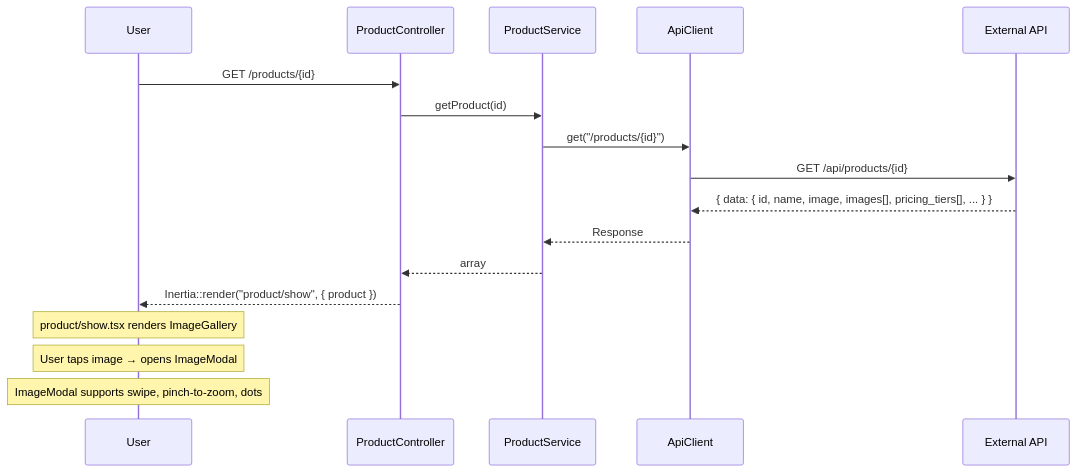
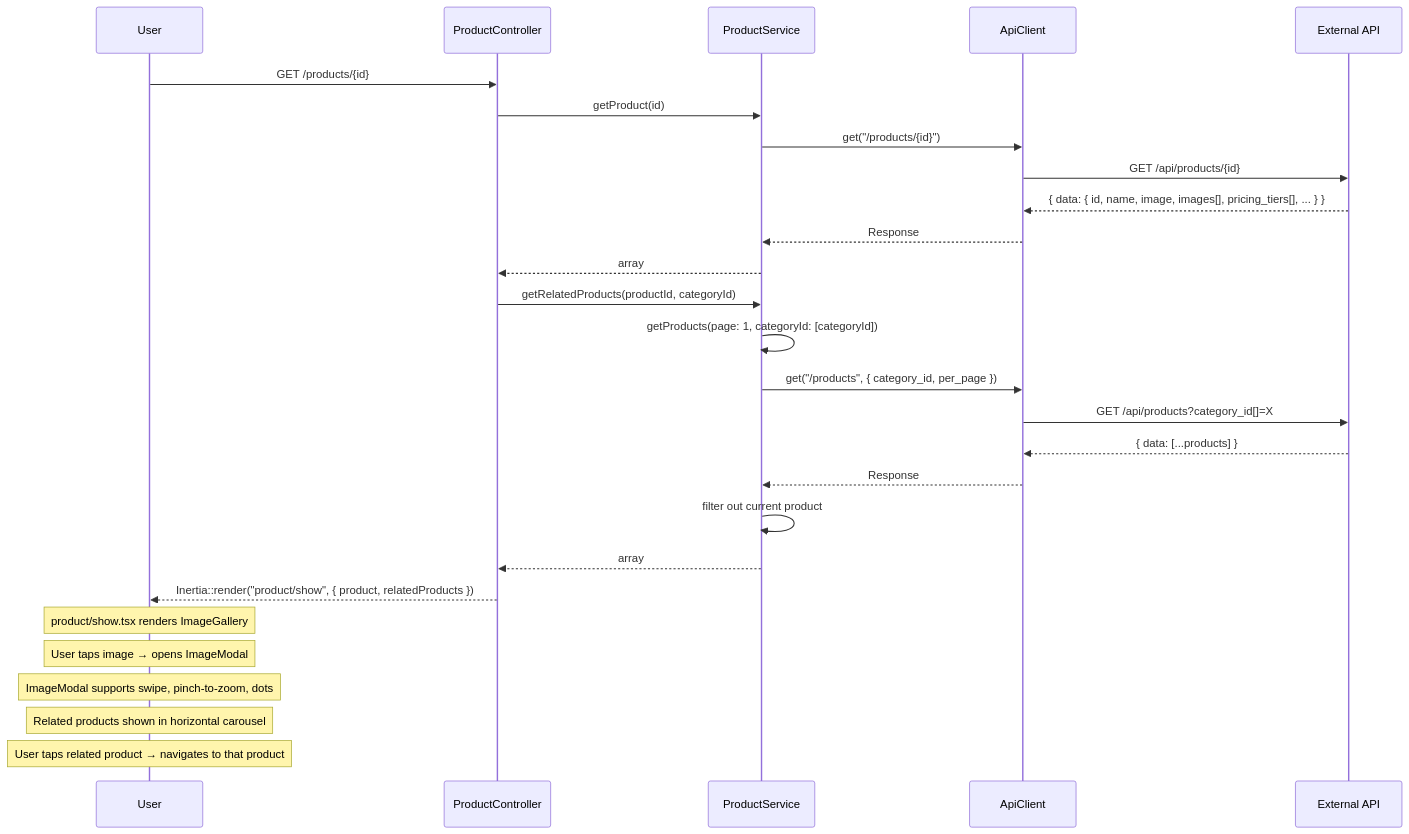
The diagram in uml/routes/product-show.mmd (ikonoverde/b2b-mobile), drawn with Mermaid before and after one commit. The commit also changed 7 other files, not shown here.

First line of the commit message:
Implement related products on product detail page (GitHub Issue #7)

```diff
--- a/uml/routes/product-show.mmd
+++ b/uml/routes/product-show.mmd
@@ -1,19 +1,31 @@
 sequenceDiagram
     participant U as User
     participant PC as ProductController
     participant PS as ProductService
     participant AC as ApiClient
     participant API as External API
 
     U->>PC: GET /products/{id}
     PC->>PS: getProduct(id)
     PS->>AC: get("/products/{id}")
     AC->>API: GET /api/products/{id}
     API-->>AC: { data: { id, name, image, images[], pricing_tiers[], ... } }
     AC-->>PS: Response
     PS-->>PC: array
-    PC-->>U: Inertia::render("product/show", { product })
+
+    PC->>PS: getRelatedProducts(productId, categoryId)
+    PS->>PS: getProducts(page: 1, categoryId: [categoryId])
+    PS->>AC: get("/products", { category_id, per_page })
+    AC->>API: GET /api/products?category_id[]=X
+    API-->>AC: { data: [...products] }
+    AC-->>PS: Response
+    PS->>PS: filter out current product
+    PS-->>PC: array
+
+    PC-->>U: Inertia::render("product/show", { product, relatedProducts })
 
     Note over U: product/show.tsx renders ImageGallery
     Note over U: User taps image → opens ImageModal
     Note over U: ImageModal supports swipe, pinch-to-zoom, dots
+    Note over U: Related products shown in horizontal carousel
+    Note over U: User taps related product → navigates to that product
```
